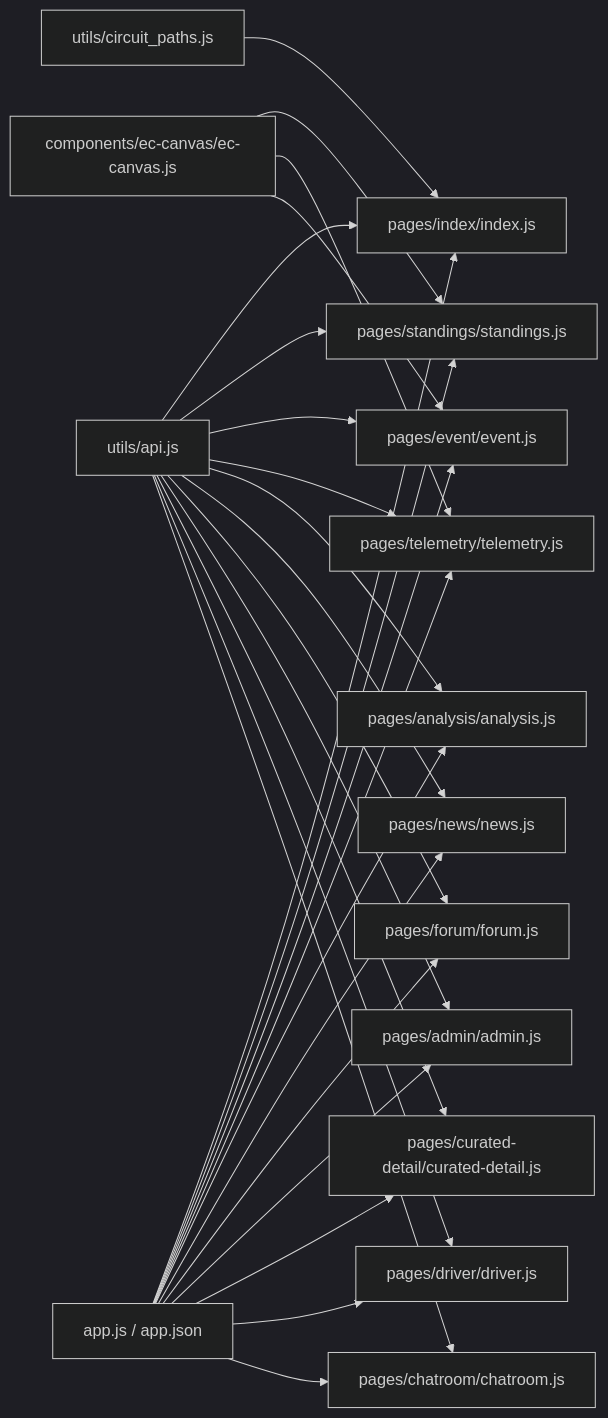
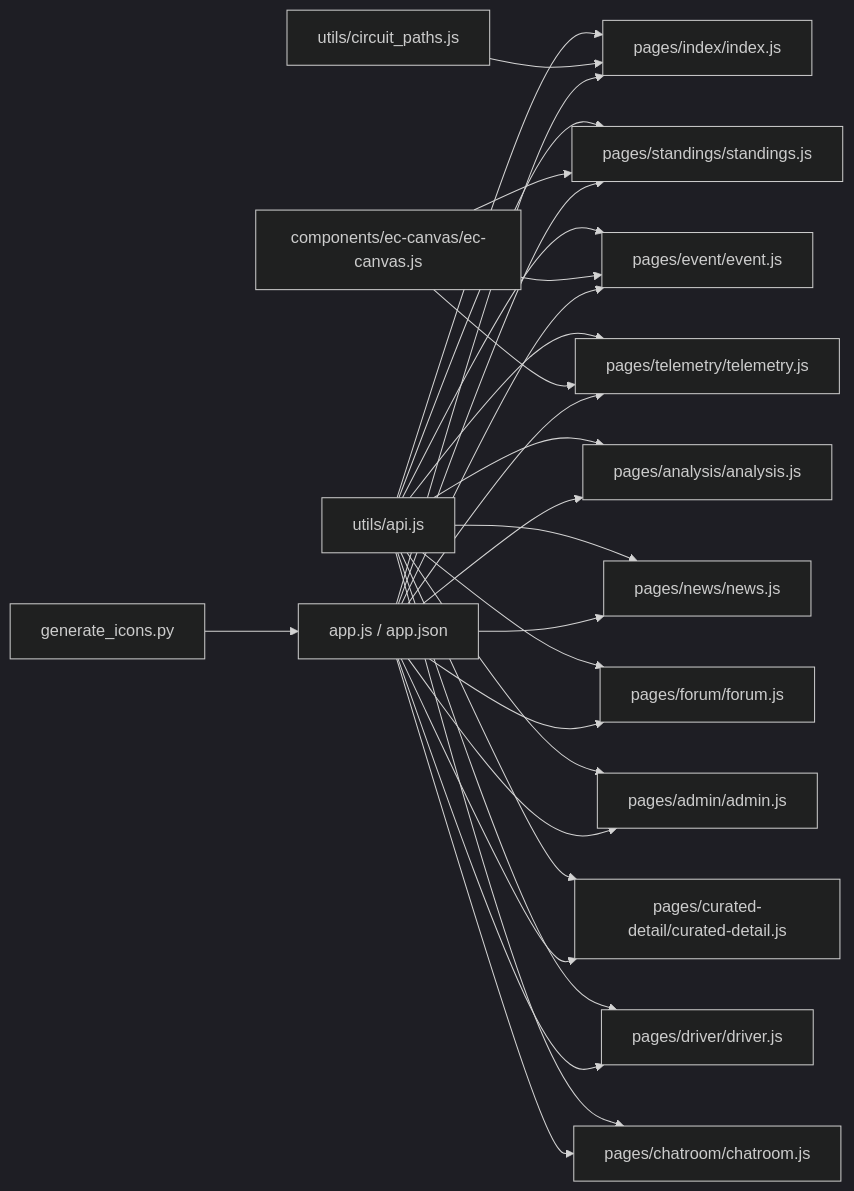
Diagram 18 of 18 in .qoder/repowiki/zh/content/微信小程序前端/微信小程序前端.md (jianai0330/Fast-F1), drawn with Mermaid (dark theme) before and after one commit. The commit also changed other lines of this file and 22 other files, not shown here.

````diff
--- a/.qoder/repowiki/zh/content/微信小程序前端/微信小程序前端.md
+++ b/.qoder/repowiki/zh/content/微信小程序前端/微信小程序前端.md
@@ -626,29 +705,30 @@
 ```mermaid
 graph LR
 API["utils/api.js"] --> IDX["pages/index/index.js"]
 API --> STAND["pages/standings/standings.js"]
 API --> EVENT["pages/event/event.js"]
 API --> TEL["pages/telemetry/telemetry.js"]
 API --> ANA["pages/analysis/analysis.js"]
 API --> NEWS["pages/news/news.js"]
 API --> FORUM["pages/forum/forum.js"]
 API --> ADMIN["pages/admin/admin.js"]
 API --> CURATED["pages/curated-detail/curated-detail.js"]
 API --> DRIVER["pages/driver/driver.js"]
 API --> CHAT["pages/chatroom/chatroom.js"]
 ECHARTS["components/ec-canvas/ec-canvas.js"] --> STAND
 ECHARTS --> TEL
 ECHARTS --> EVENT
 PATHS["utils/circuit_paths.js"] --> IDX
 APP["app.js / app.json"] --> IDX
 APP --> STAND
 APP --> EVENT
 APP --> TEL
 APP --> ANA
 APP --> NEWS
 APP --> FORUM
 APP --> ADMIN
 APP --> CURATED
 APP --> DRIVER
 APP --> CHAT
+ICONS["generate_icons.py"] --> APP
 ```
````
